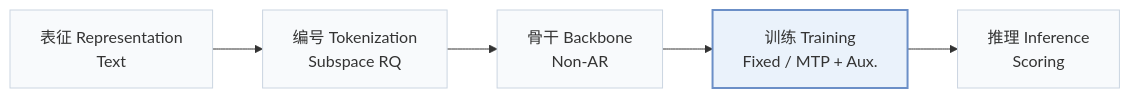
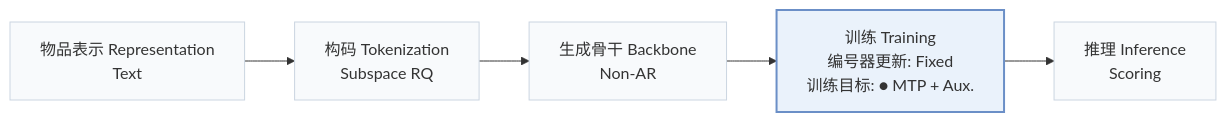
Before and after one commit to Galaxy-ghost/Awesome-SID-Generative-Rec: the first of 2 diagrams in pages/zh/papers/idm-cmm.md, drawn with Mermaid. The commit also changed other lines of this file and 558 other files, not shown here.

````diff
--- a/pages/zh/papers/idm-cmm.md
+++ b/pages/zh/papers/idm-cmm.md
@@ -15,8 +18,8 @@
 ```mermaid
 flowchart LR
-    R["表征 Representation<br/>Text"] --> T["编号 Tokenization<br/>Subspace RQ"] --> B["骨干 Backbone<br/>Non-AR"] --> TR["训练 Training<br/>Fixed / MTP + Aux."] --> I["推理 Inference<br/>Scoring"]
+    R["物品表示 Representation<br/>Text"] --> T["构码 Tokenization<br/>Subspace RQ"] --> B["生成骨干 Backbone<br/>Non-AR"] --> TR["训练 Training<br/>编号器更新: Fixed<br/>训练目标: ● MTP + Aux."] --> I["推理 Inference<br/>Scoring"]
     classDef base fill:#f8fafc,stroke:#cbd5e1
     class R,T,B,TR,I base
     classDef main fill:#eaf2fb,stroke:#6b8fc7,stroke-width:2px
     class TR main
 ```
````
